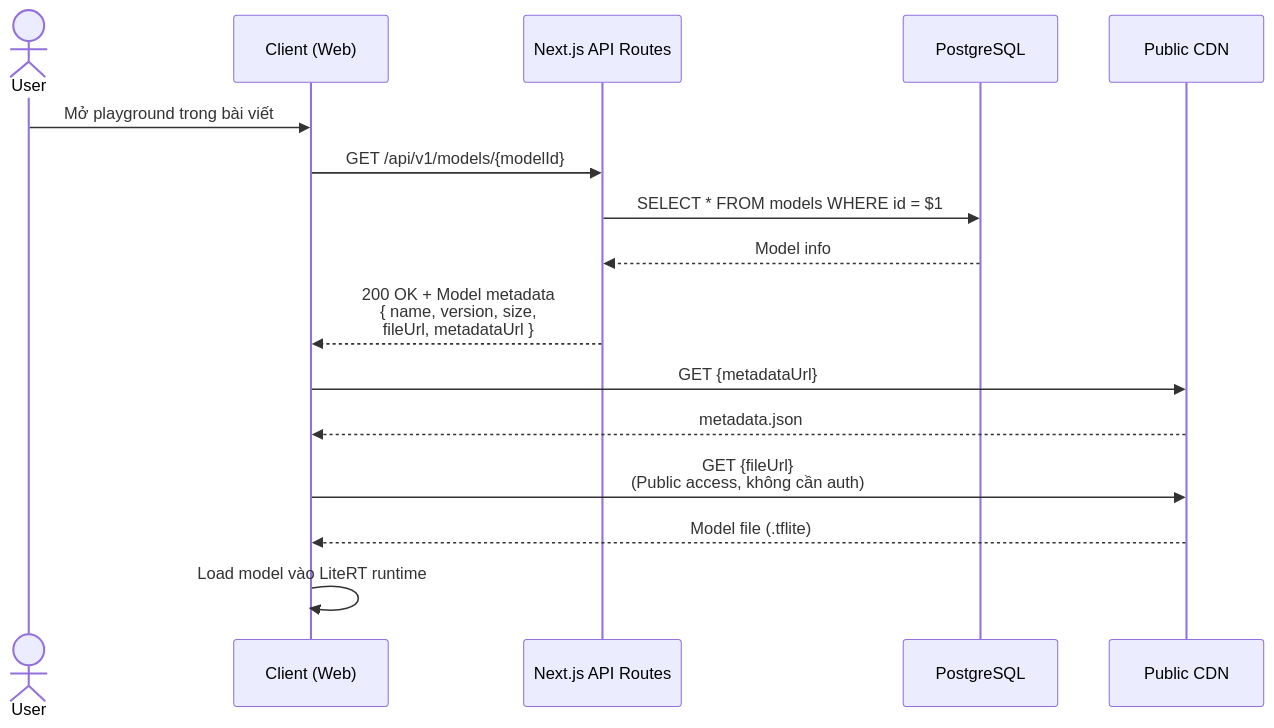
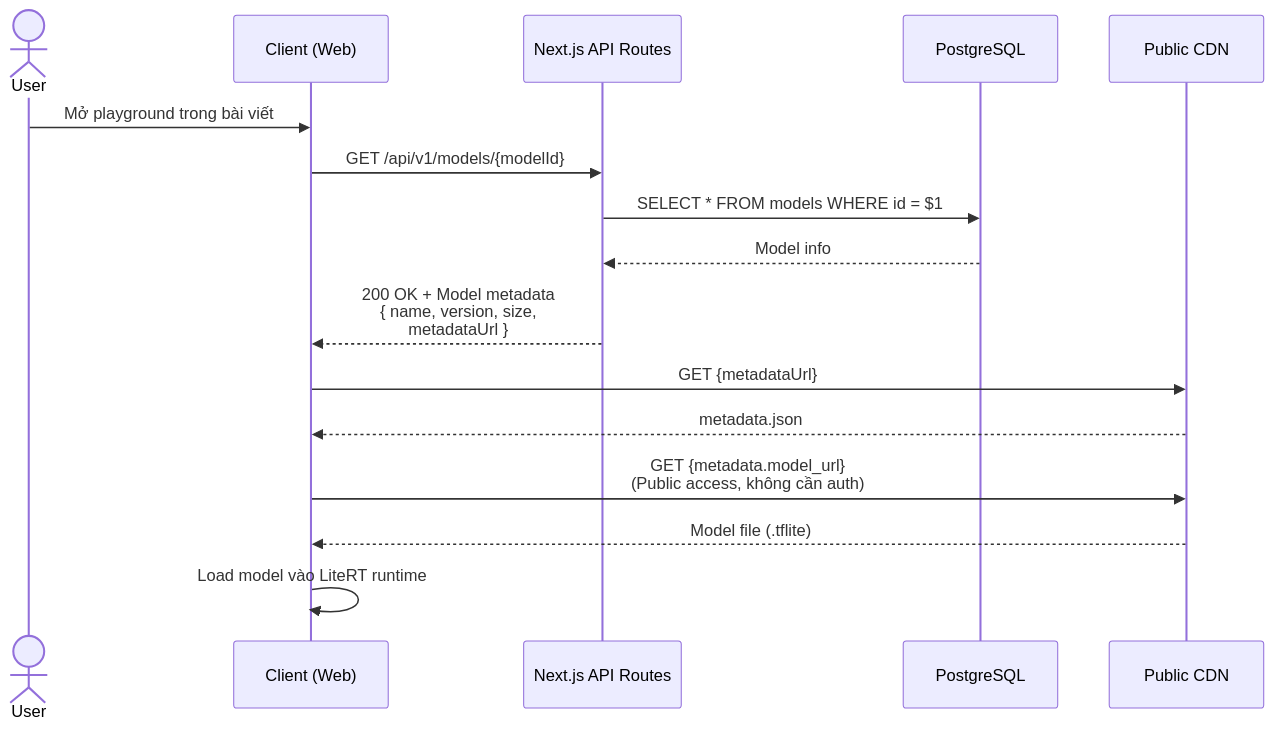
The third of 5 diagrams in docs/design/architecture.md (iAmHieu2012/Sequoia), drawn with Mermaid before and after one commit. The commit also changed 33 other files, not shown here.

First line of the commit message:
refactor(models): read the model file URL from metadata.json only

````diff
--- a/docs/design/architecture.md
+++ b/docs/design/architecture.md
@@ -133,23 +133,23 @@
 ```mermaid
 sequenceDiagram
     actor User
     participant Client as Client (Web)
     participant API as Next.js API Routes
     participant DB as PostgreSQL
     participant CDN as Public CDN
 
     User->>Client: Mở playground trong bài viết
 
     Client->>API: GET /api/v1/models/{modelId}
     API->>DB: SELECT * FROM models WHERE id = $1
     DB-->>API: Model info
-    API-->>Client: 200 OK + Model metadata<br/>{ name, version, size,<br/>fileUrl, metadataUrl }
+    API-->>Client: 200 OK + Model metadata<br/>{ name, version, size,<br/>metadataUrl }
 
     Client->>CDN: GET {metadataUrl}
     CDN-->>Client: metadata.json
 
-    Client->>CDN: GET {fileUrl}<br/>(Public access, không cần auth)
+    Client->>CDN: GET {metadata.model_url}<br/>(Public access, không cần auth)
     CDN-->>Client: Model file (.tflite)
 
     Client->>Client: Load model vào LiteRT runtime
 ```
````
